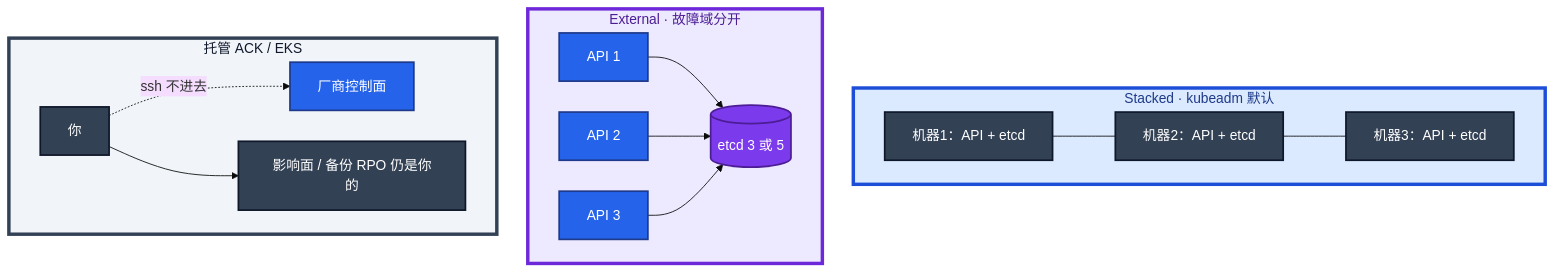
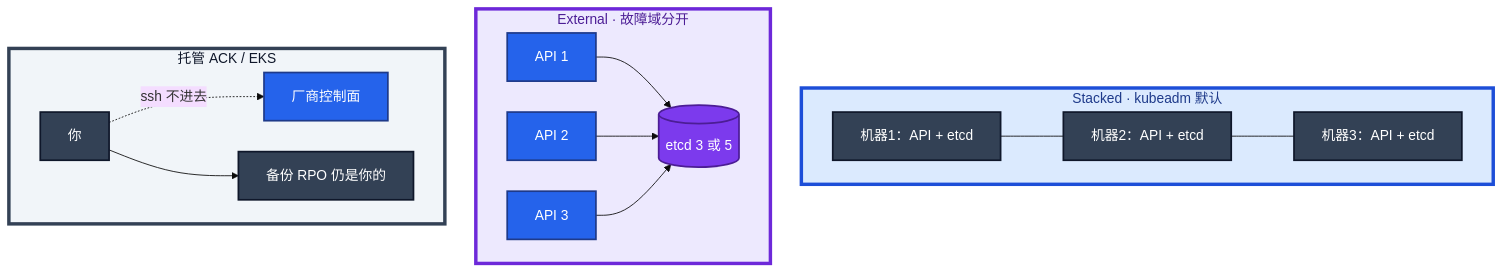
The third of 9 diagrams in 04-Kubernetes/02-etcd/知识点.md (ml-cuizijun/LearnToLilith), drawn with Mermaid before and after one commit. The commit also changed other lines of this file and 107 other files, not shown here.

````diff
--- a/04-Kubernetes/02-etcd/知识点.md
+++ b/04-Kubernetes/02-etcd/知识点.md
@@ -131,32 +141,32 @@
 ```mermaid
 %%{init: {"flowchart": {"padding": 16, "nodeSpacing": 36, "rankSpacing": 48}, "theme": "base"}}%%
 flowchart TB
     subgraph stacked ["Stacked · kubeadm 默认"]
         m1[机器1：API + etcd]
         m2[机器2：API + etcd]
         m3[机器3：API + etcd]
         m1 --- m2 --- m3
     end
 
     subgraph external ["External · 故障域分开"]
         a1[API 1] --> e[(etcd 3 或 5)]
         a2[API 2] --> e
         a3[API 3] --> e
     end
 
     subgraph managed ["托管 ACK / EKS"]
         you[你] -.->|ssh 不进去| vendor[厂商控制面]
-        you --> biz[影响面 / 备份 RPO 仍是你的]
+        you --> biz[备份 RPO 仍是你的]
     end
 
     classDef node fill:#334155,stroke:#0F172A,stroke-width:2px,color:#fff
     classDef etcd fill:#7C3AED,stroke:#4C1D95,stroke-width:2px,color:#fff
     classDef api fill:#2563EB,stroke:#1E3A8A,stroke-width:2px,color:#fff
     class m1,m2,m3 node
     class e etcd
     class a1,a2,a3,vendor api
 
     style stacked fill:#DBEAFE,stroke:#1D4ED8,stroke-width:4px,color:#1E3A8A
     style external fill:#EDE9FE,stroke:#6D28D9,stroke-width:4px,color:#4C1D95
     style managed fill:#F1F5F9,stroke:#334155,stroke-width:4px,color:#0F172A
 ```
````
